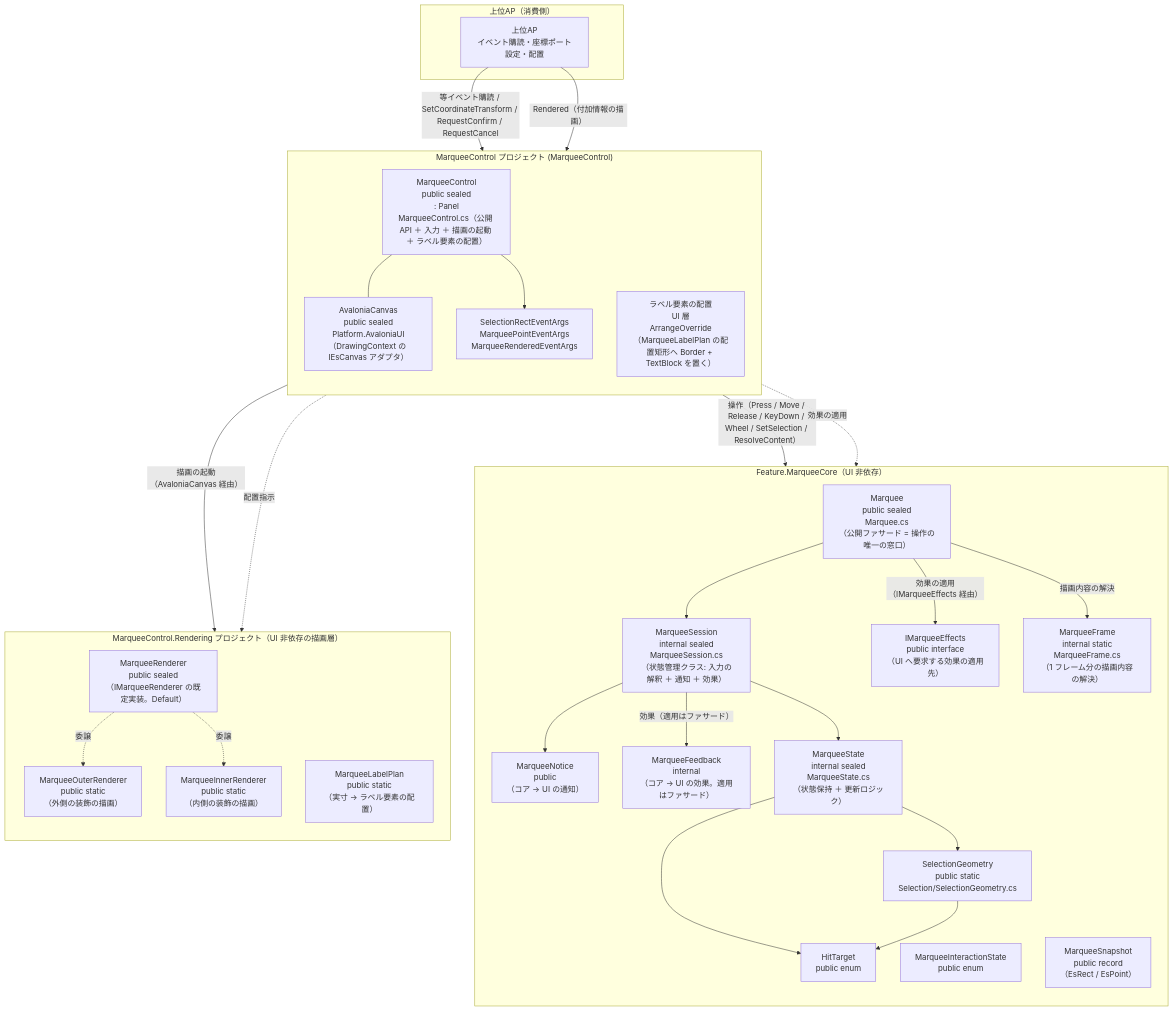
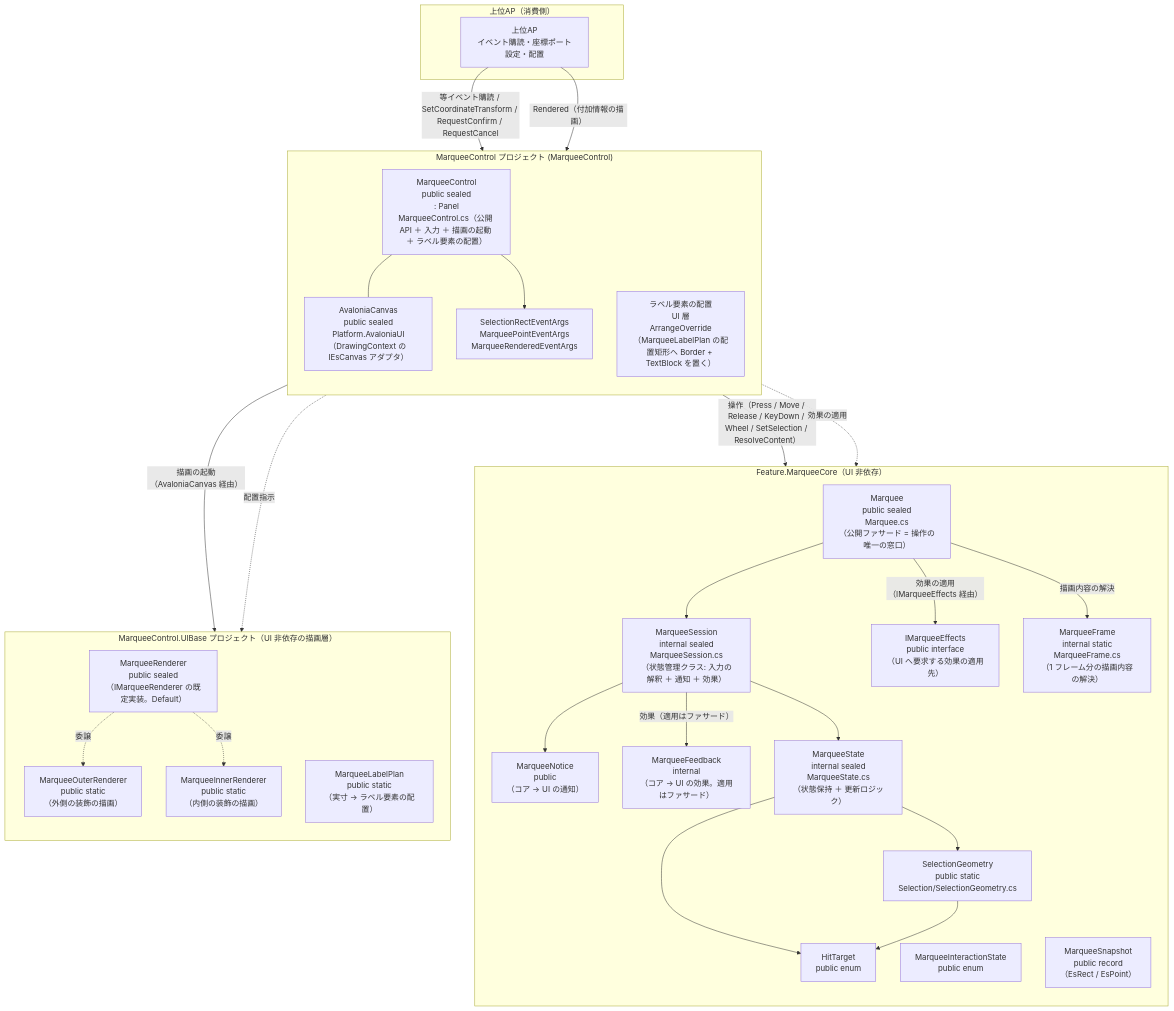
One commit to tomokuni/SaveEvidence changed the first of 2 diagrams in src/MarqueeControl.AvaloniaUI/SPEC_System.md. Above: the diagram before and after it, drawn with Mermaid. The commit also changed other lines of this file and 133 other files, not shown here.

First line of the commit message:
描画層と組み込み層を XxxControl.UIBase へ統合し 3 層構造にする

````diff
--- a/src/MarqueeControl.AvaloniaUI/SPEC_System.md
+++ b/src/MarqueeControl.AvaloniaUI/SPEC_System.md
@@ -99,54 +99,54 @@
 ```mermaid
 flowchart TB
     subgraph Host["上位AP（消費側）"]
         AP["上位AP<br/>イベント購読・座標ポート設定・配置"]
     end
     subgraph Core["Feature.MarqueeCore（UI 非依存）"]
         direction TB
         Fac["Marquee<br/>public sealed<br/>Marquee.cs<br/>（公開ファサード = 操作の唯一の窓口）"]
         Eff["IMarqueeEffects<br/>public interface<br/>（UI へ要求する効果の適用先）"]
         Ses["MarqueeSession<br/>internal sealed<br/>MarqueeSession.cs<br/>（状態管理クラス: 入力の解釈 ＋ 通知 ＋ 効果）"]
         Ntc["MarqueeNotice<br/>public<br/>（コア → UI の通知）"]
         Fbk["MarqueeFeedback<br/>internal<br/>（コア → UI の効果。適用はファサード）"]
         Stt["MarqueeState<br/>internal sealed<br/>MarqueeState.cs<br/>（状態保持 ＋ 更新ロジック）"]
         Geo["SelectionGeometry<br/>public static<br/>Selection/SelectionGeometry.cs"]
         Hdl["HitTarget<br/>public enum"]
         Hdl2["MarqueeInteractionState<br/>public enum"]
         Hdl3["MarqueeSnapshot<br/>public record<br/>（EsRect / EsPoint）"]
         Frm["MarqueeFrame<br/>internal static<br/>MarqueeFrame.cs<br/>（1 フレーム分の描画内容の解決）"]
     end
     subgraph DRC2["MarqueeControl プロジェクト (MarqueeControl)"]
         direction TB
         Ctl["MarqueeControl<br/>public sealed<br/>: Panel<br/>MarqueeControl.cs（公開 API ＋ 入力 ＋ 描画の起動 ＋ ラベル要素の配置）"]
         Cvs["AvaloniaCanvas<br/>public sealed<br/>Platform.AvaloniaUI<br/>（DrawingContext の IEsCanvas アダプタ）"]
         Lbl["ラベル要素の配置<br/>UI 層<br/>ArrangeOverride<br/>（MarqueeLabelPlan の配置矩形へ Border + TextBlock を置く）"]
         Evt["SelectionRectEventArgs<br/>MarqueePointEventArgs<br/>MarqueeRenderedEventArgs"]
     end
-    subgraph Rnd2["MarqueeControl.Rendering プロジェクト（UI 非依存の描画層）"]
+    subgraph Rnd2["MarqueeControl.UIBase プロジェクト（UI 非依存の描画層）"]
         direction TB
         Drw["MarqueeRenderer<br/>public sealed<br/>（IMarqueeRenderer の既定実装。Default）"]
         Odr["MarqueeOuterRenderer<br/>public static<br/>（外側の装飾の描画）"]
         Idr["MarqueeInnerRenderer<br/>public static<br/>（内側の装飾の描画）"]
         Pln["MarqueeLabelPlan<br/>public static<br/>（実寸 → ラベル要素の配置）"]
     end
 
     AP -->|等イベント購読 / SetCoordinateTransform / RequestConfirm / RequestCancel| Ctl
     AP -->|Rendered（付加情報の描画）| Lbl
     Ctl -->|操作（Press / Move / Release / KeyDown / Wheel / SetSelection / ResolveContent）| Fac
     Ctl -.->|効果の適用| Eff
     Ctl -->|描画の起動（AvaloniaCanvas 経由）| Drw
     Drw -.->|委譲| Odr
     Drw -.->|委譲| Idr
     Ctl -.->|配置指示| Pln
     Ctl --- Cvs
     Fac --> Ses
     Fac -->|効果の適用（IMarqueeEffects 経由）| Eff
     Fac -->|描画内容の解決| Frm
     Ctl --> Evt
     Ses --> Ntc
     Ses -->|効果（適用はファサード）| Fbk
     Ses --> Stt
     Stt --> Geo
     Stt --> Hdl
     Geo --> Hdl
 ```
````
